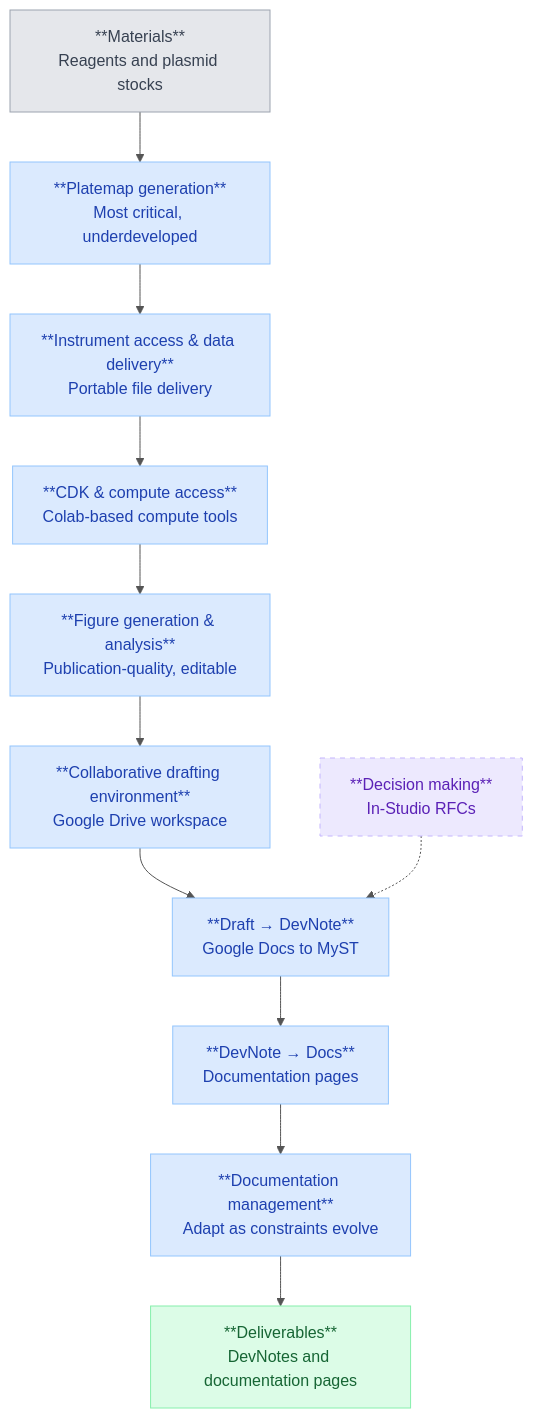
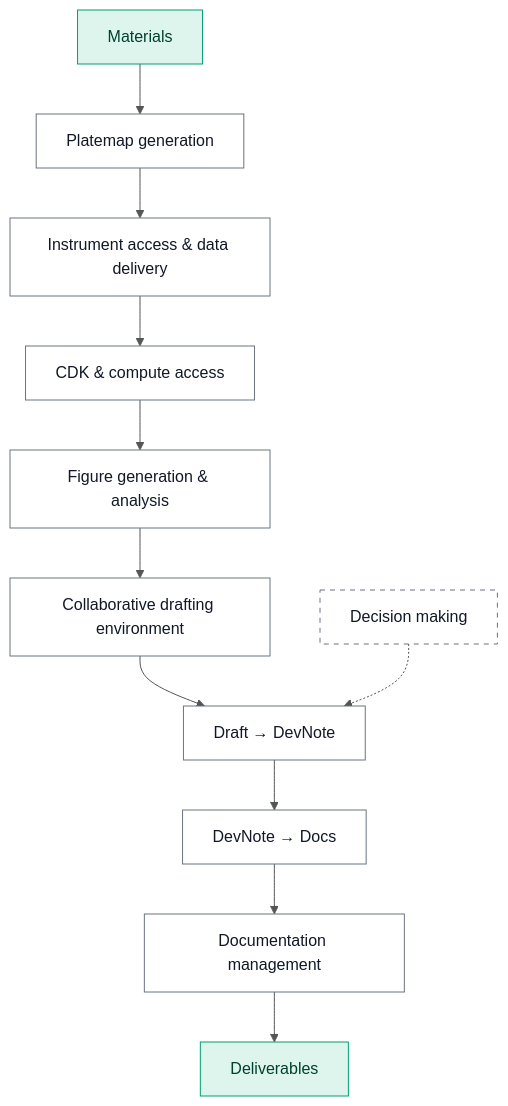
One commit to nucleus-eng/nucleus-devnote-archive-1 changed the diagram in devnotes/devstudio/assets/pipeline-diagram.md. Above: the diagram before and after it, drawn with Mermaid. The commit also changed 1 other file, not shown here.

Commit message:
Align pipeline and Chicago dependency diagrams in style and size

````diff
--- a/devnotes/devstudio/assets/pipeline-diagram.md
+++ b/devnotes/devstudio/assets/pipeline-diagram.md
@@ -2,36 +2,33 @@
 ```mermaid
 %%{init: {'theme': 'base', 'themeVariables': {'lineColor': '#555555', 'edgeLabelBackground': '#ffffff'}}}%%
 flowchart TD
-    MATERIALS["**Materials**<br/>Reagents and plasmid stocks"]
-    INSTRUMENT["**Instrument access & data delivery**<br/>Portable file delivery"]
-    PLATEMAP["**Platemap generation**<br/>Most critical, underdeveloped"]
-    CDK["**CDK & compute access**<br/>Colab-based compute tools"]
-    FIGURES["**Figure generation & analysis**<br/>Publication-quality, editable"]
-    DRAFTING["**Collaborative drafting environment**<br/>Google Drive workspace"]
-    DECISIONS["**Decision making**<br/>In-Studio RFCs"]
-    DEVNOTE["**Draft → DevNote**<br/>Google Docs to MyST"]
-    DOCS["**DevNote → Docs**<br/>Documentation pages"]
-    MGMT["**Documentation management**<br/>Adapt as constraints evolve"]
-    DELIVERABLES["**Deliverables**<br/>DevNotes and documentation pages"]
+    MATERIALS["Materials"]
+    PLATEMAP["Platemap generation"]
+    INSTRUMENT["Instrument access & data delivery"]
+    CDK["CDK & compute access"]
+    FIGURES["Figure generation & analysis"]
+    DRAFTING["Collaborative drafting environment"]
+    DECISIONS["Decision making"]
+    DEVNOTE["Draft → DevNote"]
+    DOCS["DevNote → Docs"]
+    MGMT["Documentation management"]
+    DELIVERABLES["Deliverables"]
 
     MATERIALS --> PLATEMAP
     PLATEMAP --> INSTRUMENT
     INSTRUMENT --> CDK
     CDK --> FIGURES
     FIGURES --> DRAFTING
     DRAFTING --> DEVNOTE
     DECISIONS -.-> DEVNOTE
     DEVNOTE --> DOCS
     DOCS --> MGMT
     MGMT --> DELIVERABLES
 
-    classDef materials fill:#e5e7eb,color:#374151,stroke:#9ca3af;
-    classDef pipeline fill:#dbeafe,color:#1e40af,stroke:#93c5fd;
-    classDef decisions fill:#ede9fe,color:#5b21b6,stroke:#c4b5fd,stroke-dasharray: 5 5;
-    classDef deliverables fill:#dcfce7,color:#166534,stroke:#86efac;
+    classDef shared fill:#def5ee,stroke:#009E73,color:#00402e;
+    classDef process fill:#ffffff,stroke:#6b7280,color:#111827;
 
-    class MATERIALS materials;
-    class INSTRUMENT,PLATEMAP,CDK,FIGURES,DRAFTING,DEVNOTE,DOCS,MGMT pipeline;
-    class DECISIONS decisions;
-    class DELIVERABLES deliverables;
+    class MATERIALS,DELIVERABLES shared;
+    class PLATEMAP,INSTRUMENT,CDK,FIGURES,DRAFTING,DEVNOTE,DOCS,MGMT,DECISIONS process;
+    style DECISIONS stroke-dasharray: 5 5
 ```
````
